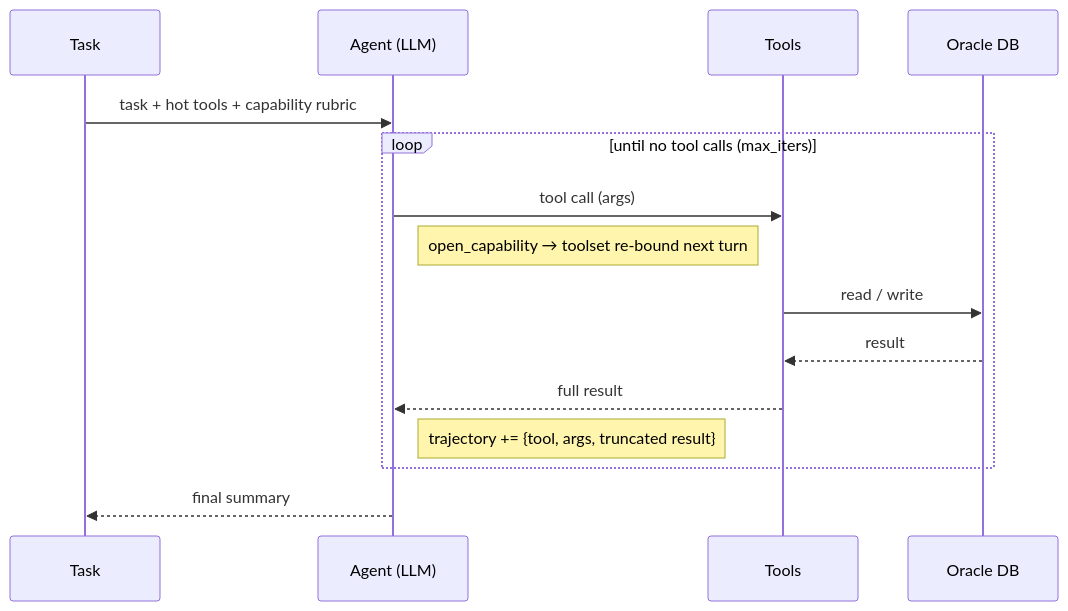
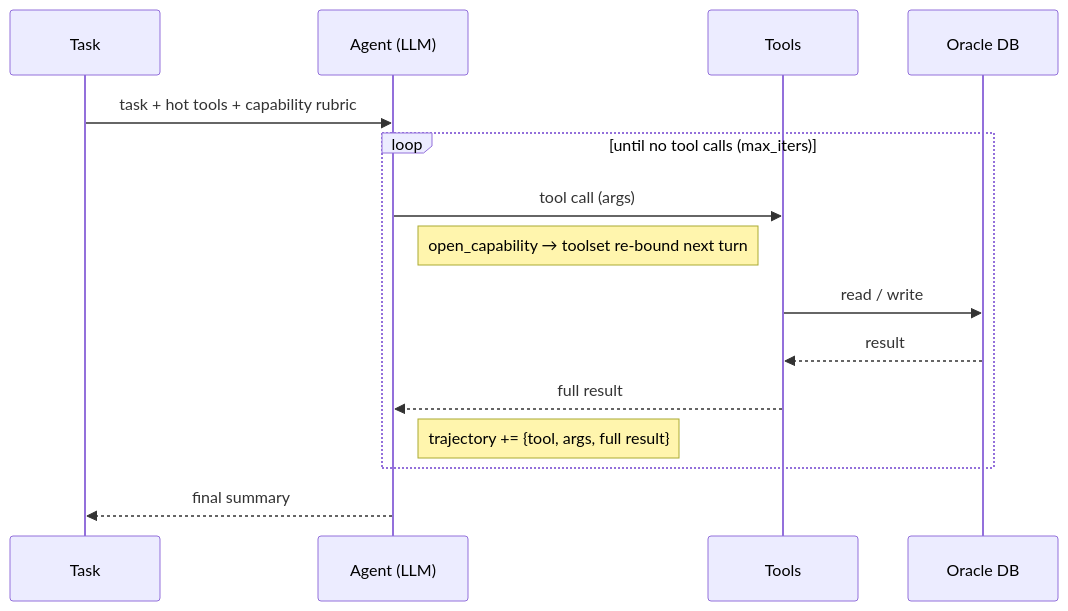
The fourth of 17 diagrams in docs/WALKTHROUGH.md (anantsrivast/cityops-agent-harness), drawn with Mermaid before and after one commit. The commit also changed other lines of this file and 7 other files, not shown here.

````diff
--- a/docs/WALKTHROUGH.md
+++ b/docs/WALKTHROUGH.md
@@ -142,17 +142,17 @@
 ```mermaid
 sequenceDiagram
   participant Task
   participant Agent as Agent (LLM)
   participant Tools
   participant DB as Oracle DB
   Task->>Agent: task + hot tools + capability rubric
   loop until no tool calls (max_iters)
     Agent->>Tools: tool call (args)
     Note right of Agent: open_capability → toolset re-bound next turn
     Tools->>DB: read / write
     DB-->>Tools: result
     Tools-->>Agent: full result
-    Note right of Agent: trajectory += {tool, args, truncated result}
+    Note right of Agent: trajectory += {tool, args, full result}
   end
   Agent-->>Task: final summary
 ```
````
